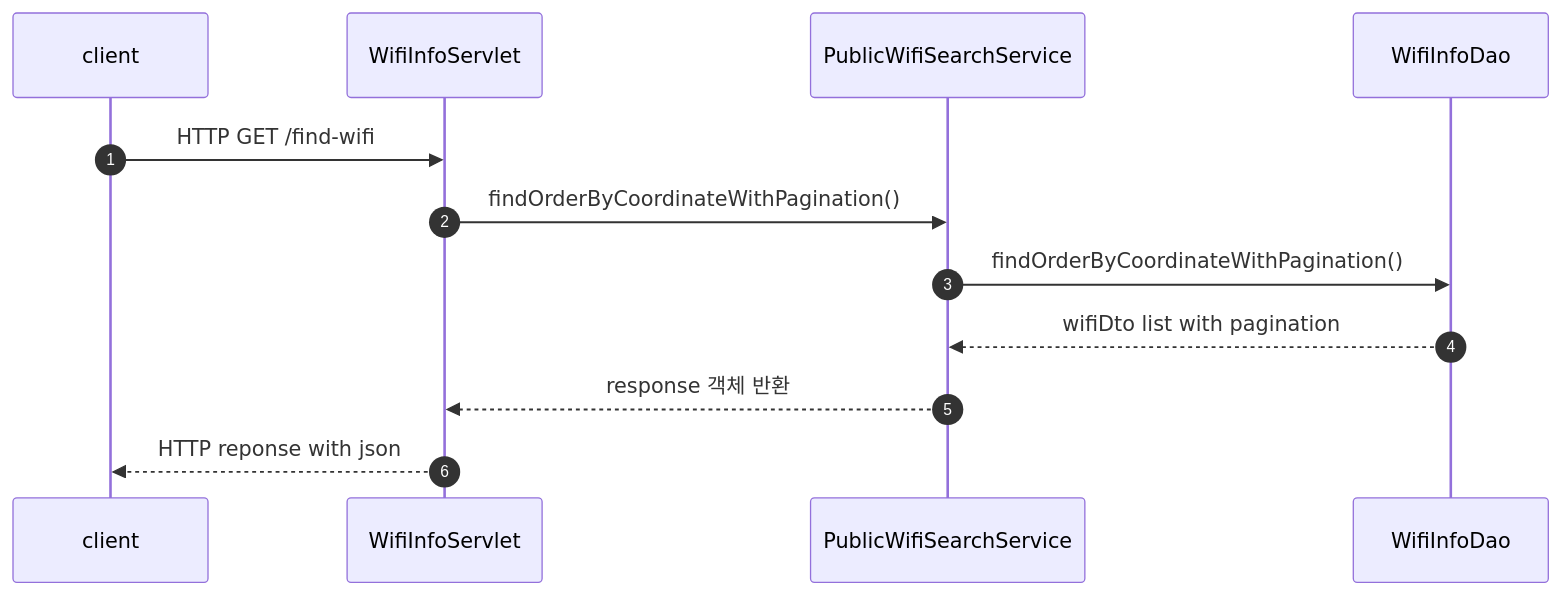
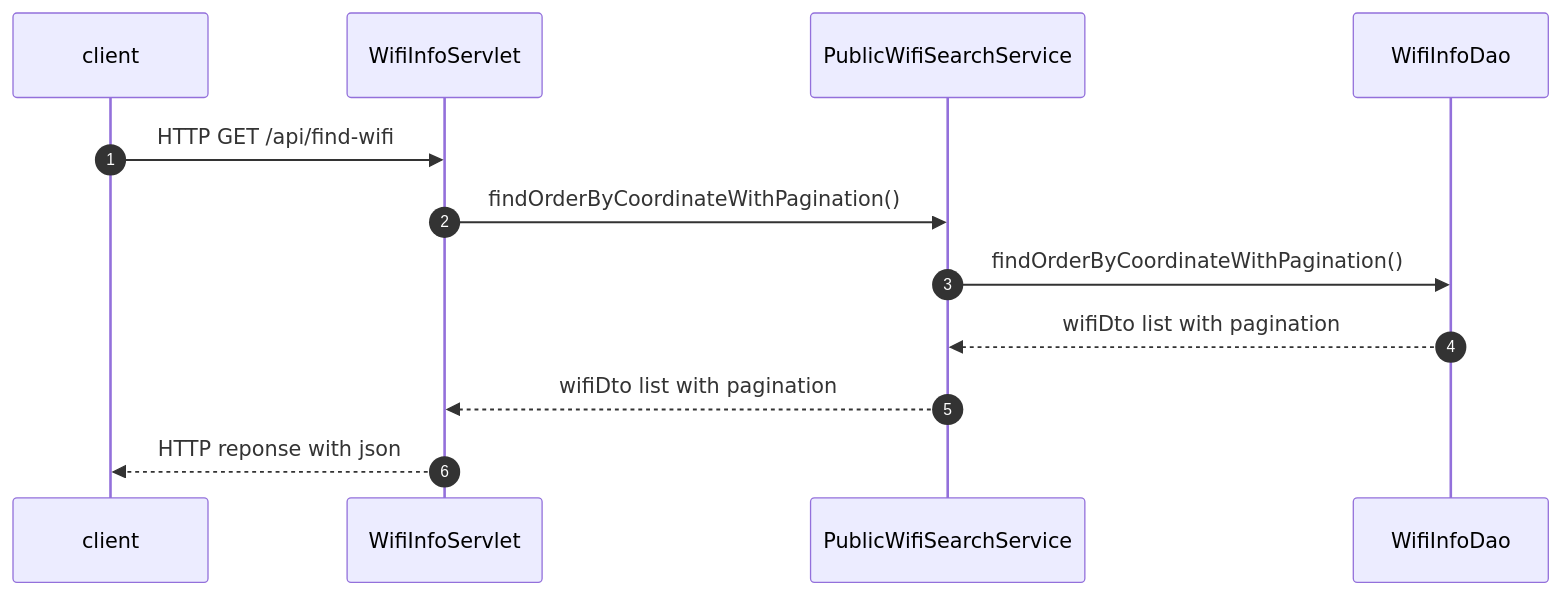
One commit to kimJH47/wifiServer changed the second of 13 diagrams in readme.md. Above: the diagram before and after it, drawn with Mermaid. The commit also changed other lines of this file, not shown here.

Commit message:
fix: flow chart, api 명세 수정

````diff
--- a/readme.md
+++ b/readme.md
@@ -39,15 +41,15 @@
 ```mermaid
     sequenceDiagram
     autonumber
     participant client
     participant WifiInfoServlet
     participant PublicWifiSearchService
     participant WifiInfoDao
 
-    client->> WifiInfoServlet: HTTP GET /find-wifi
+    client->> WifiInfoServlet: HTTP GET /api/find-wifi
     WifiInfoServlet->> PublicWifiSearchService: findOrderByCoordinateWithPagination()
     PublicWifiSearchService->> WifiInfoDao: findOrderByCoordinateWithPagination()
     WifiInfoDao-->>PublicWifiSearchService: wifiDto list with pagination
-    PublicWifiSearchService-->> WifiInfoServlet: response 객체 반환
+    PublicWifiSearchService-->> WifiInfoServlet: wifiDto list with pagination
     WifiInfoServlet-->> client : HTTP reponse with json
 ```
````
